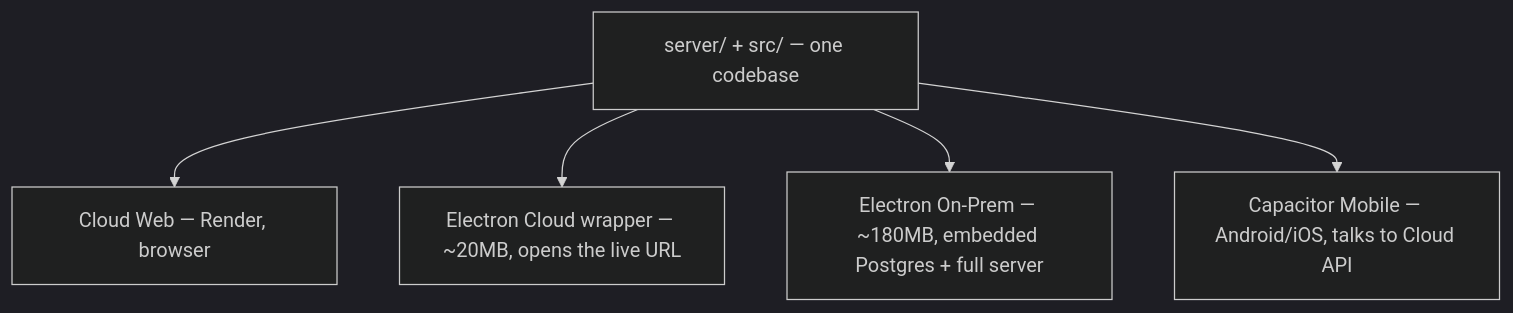
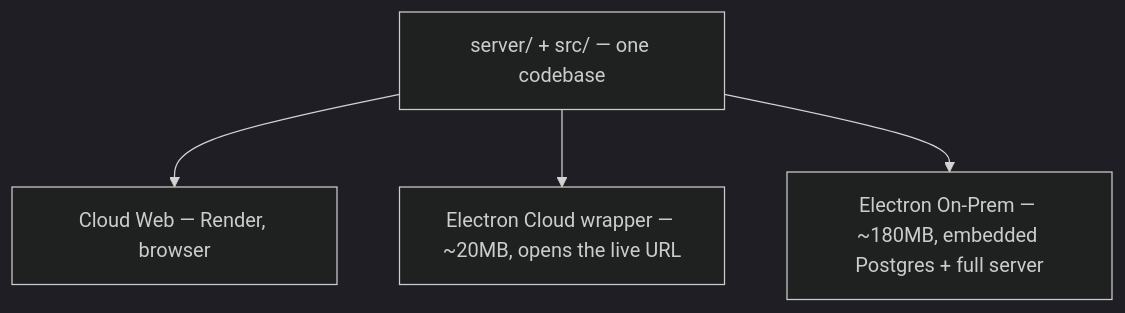
Before and after one commit to prathame/DG-ERP: the second of 2 diagrams in engineering-academy/docs/tutorials/mental-models.md, drawn with Mermaid (dark theme). The commit also changed other lines of this file and 65 other files, not shown here.

````diff
--- a/engineering-academy/docs/tutorials/mental-models.md
+++ b/engineering-academy/docs/tutorials/mental-models.md
@@ -57,8 +57,7 @@
 ```mermaid
 flowchart TB
   Code[server/ + src/ — one codebase]
   Code --> Cloud[Cloud Web — Render, browser]
   Code --> ElecCloud[Electron Cloud wrapper — ~20MB, opens the live URL]
   Code --> ElecOnprem[Electron On-Prem — ~180MB, embedded Postgres + full server]
-  Code --> Mobile[Capacitor Mobile — Android/iOS, talks to Cloud API]
 ```
````
